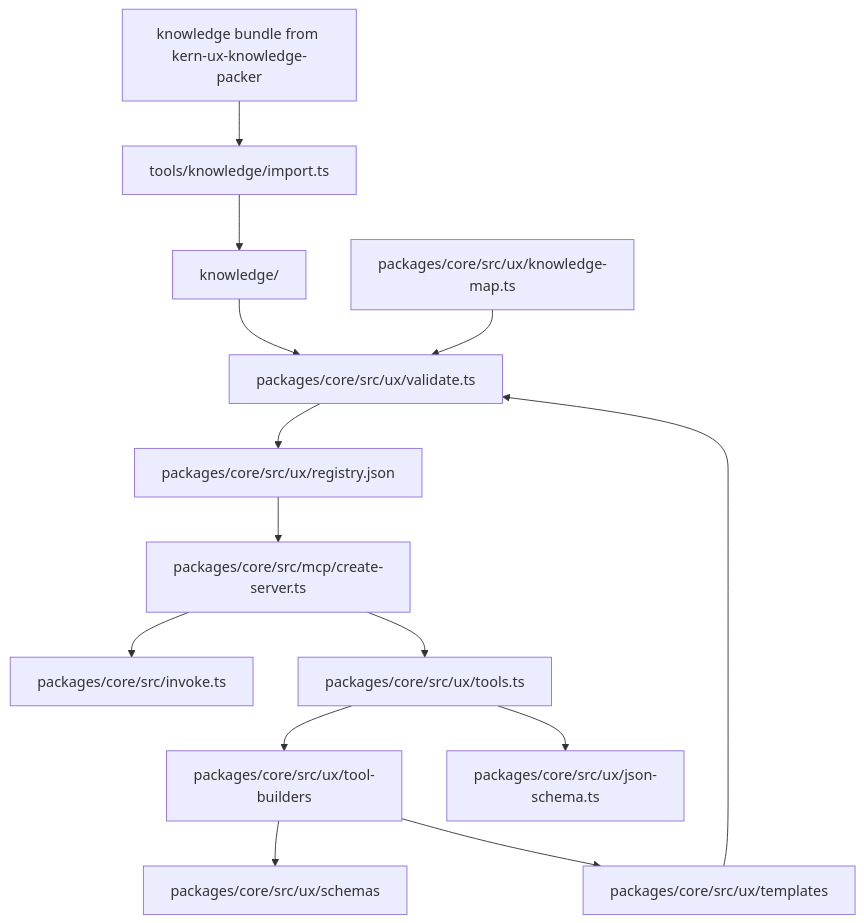
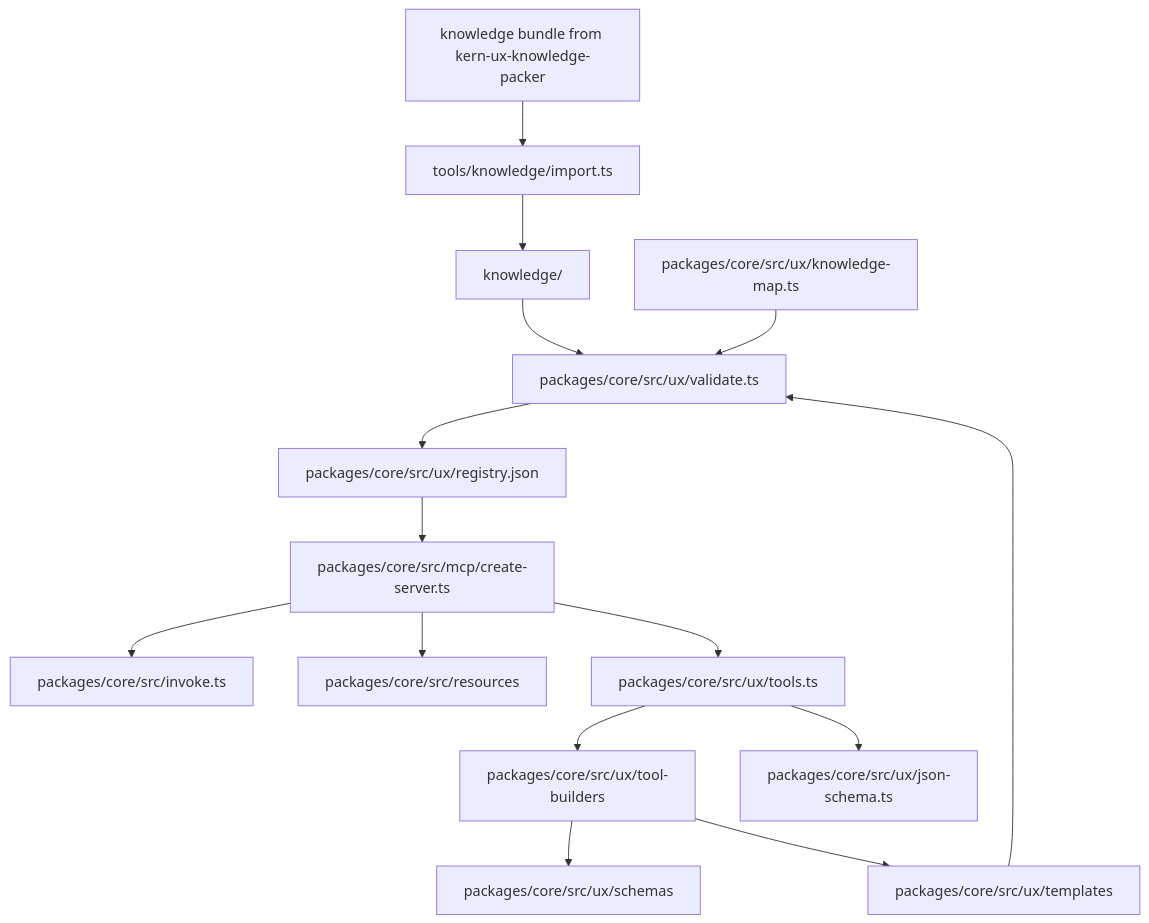
The diagram in docs/codebase-guide.md (leonio/kern-ux-mcp), drawn with Mermaid before and after one commit. The commit also changed other lines of this file and 2 other files, not shown here.

First line of the commit message:
docs: resources in the README, migration notes and codebase guide (R6 D15)

````diff
--- a/docs/codebase-guide.md
+++ b/docs/codebase-guide.md
@@ -9,16 +9,17 @@
 ```mermaid
 flowchart TD
   A[knowledge bundle from kern-ux-knowledge-packer] --> B[tools/knowledge/import.ts]
   B --> C[knowledge/]
   C --> K[packages/core/src/ux/knowledge-projection.ts]
   M[packages/core/src/ux/knowledge-map.ts] --> K
   K --> D[packages/core/src/ux/registry.json]
   D --> E[packages/core/src/mcp/create-server.ts]
   E --> P[packages/core/src/invoke.ts]
+  E --> R[packages/core/src/resources]
   E --> F[packages/core/src/ux/tools.ts]
   F --> G[packages/core/src/ux/tool-builders]
   G --> H[packages/core/src/ux/schemas]
   G --> I[packages/core/src/ux/templates]
   F --> J[packages/core/src/ux/json-schema.ts]
   I --> K[packages/core/src/ux/validate.ts]
 ```
````
